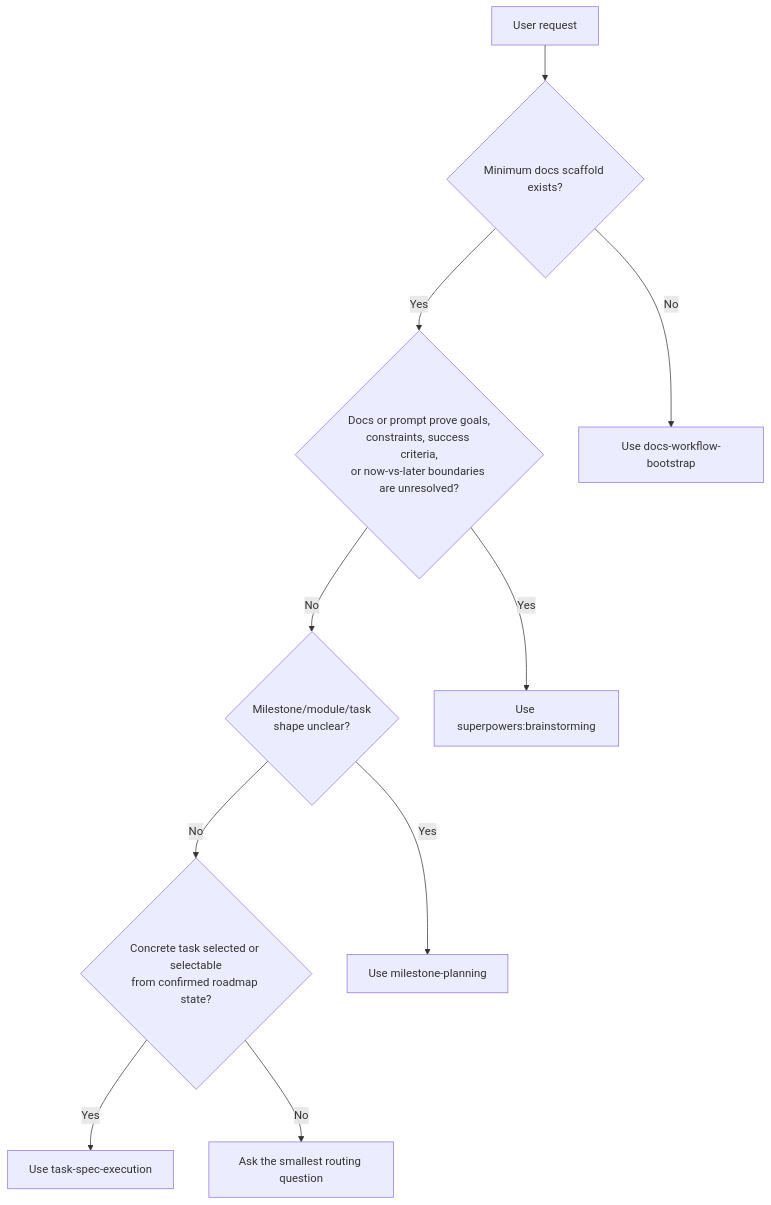
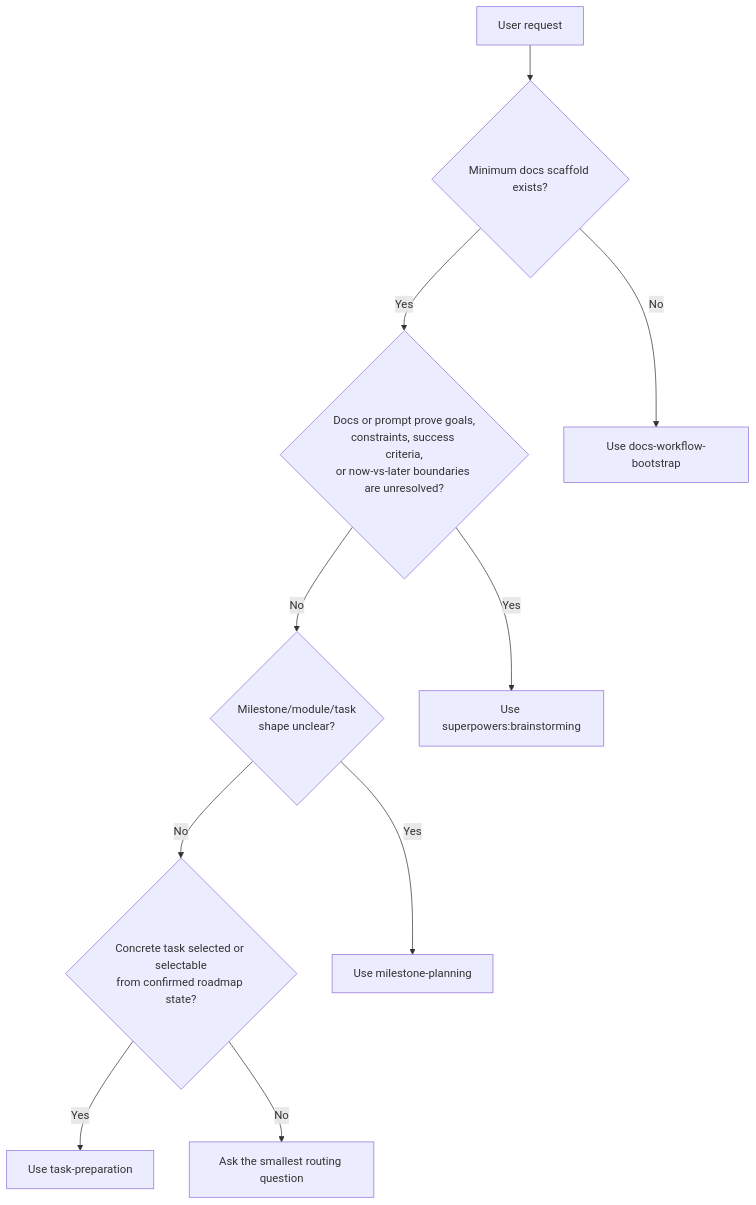
Before and after one commit to Adol1111/doc-driven-spec-workflow: the second of 7 diagrams in WORKFLOW-STRUCTURE.md, drawn with Mermaid. The commit also changed other lines of this file and 41 other files, not shown here.

Commit message:
refactor(workflow): split task preparation from execution

````diff
--- a/WORKFLOW-STRUCTURE.md
+++ b/WORKFLOW-STRUCTURE.md
@@ -45,23 +47,23 @@
 ```mermaid
 flowchart TD
     Start[User request]
     Scaffold{Minimum docs scaffold exists?}
     Ambiguous{Docs or prompt prove goals,\nconstraints, success criteria,\nor now-vs-later boundaries are unresolved?}
     Roadmap{Milestone/module/task\nshape unclear?}
     TaskReady{Concrete task selected or selectable\nfrom confirmed roadmap state?}
     Bootstrap[Use docs-workflow-bootstrap]
     Brainstorm[Use superpowers:brainstorming]
     Milestone[Use milestone-planning]
-    Execution[Use task-spec-execution]
+    Preparation[Use task-preparation]
     Ask[Ask the smallest routing question]
 
     Start --> Scaffold
     Scaffold -- No --> Bootstrap
     Scaffold -- Yes --> Ambiguous
     Ambiguous -- Yes --> Brainstorm
     Ambiguous -- No --> Roadmap
     Roadmap -- Yes --> Milestone
     Roadmap -- No --> TaskReady
-    TaskReady -- Yes --> Execution
+    TaskReady -- Yes --> Preparation
     TaskReady -- No --> Ask
 ```
````
